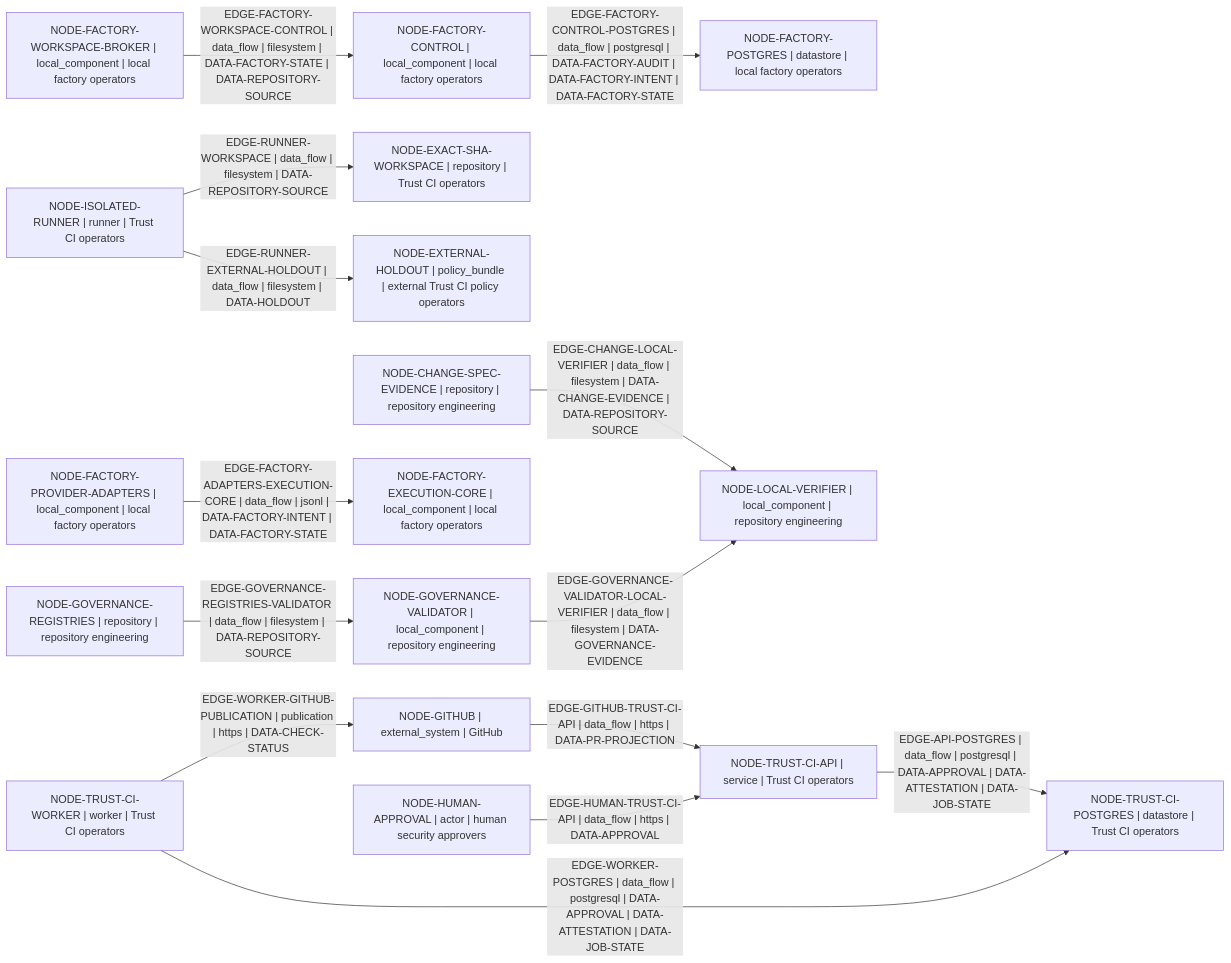
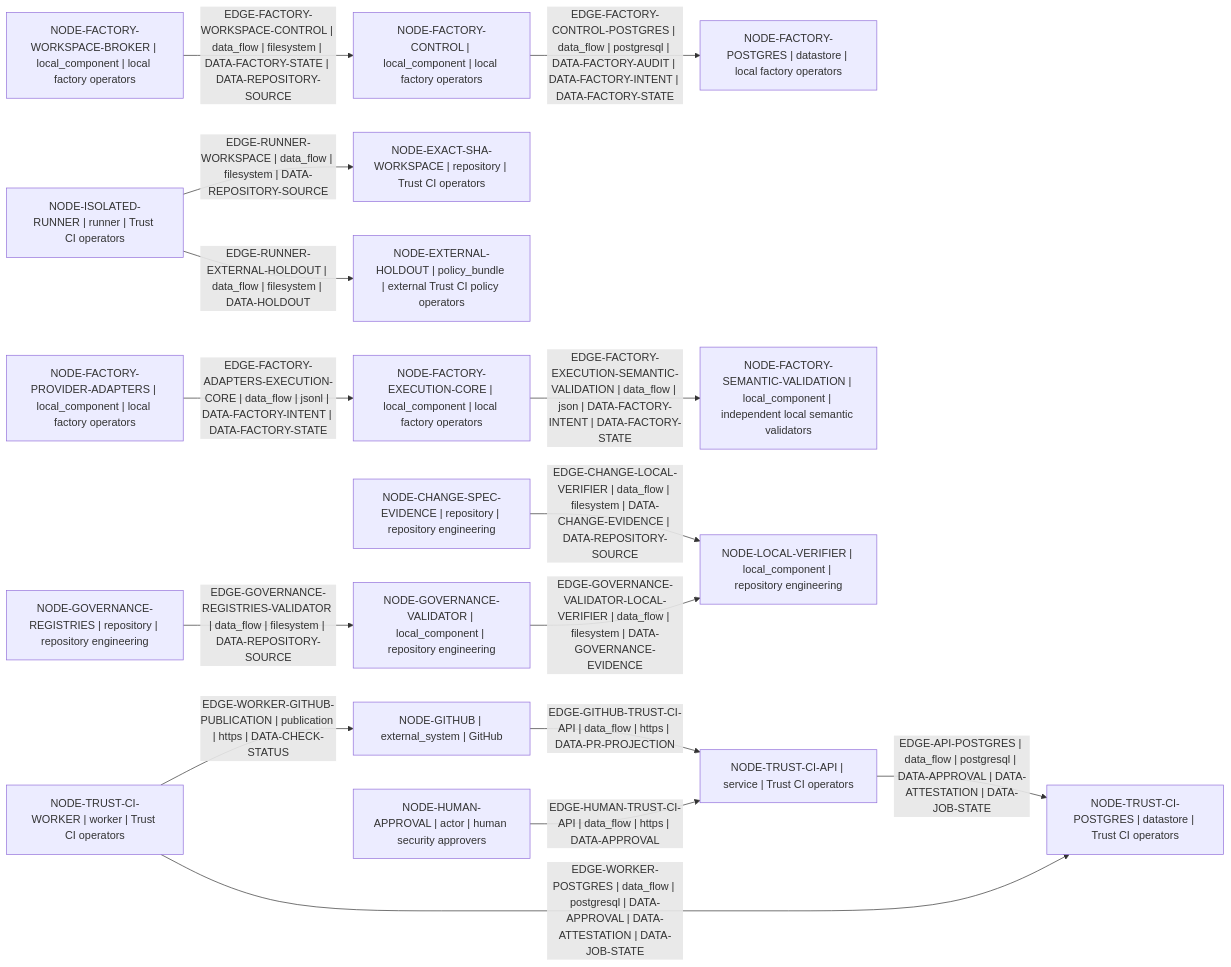
The diagram in architecture/generated/data-flow.mmd (Dimkox/adaptive-grok-build-pro), drawn with Mermaid before and after one commit. The commit also changed 13 other files, not shown here.

Commit message:
test(m6): bind semantic validation architecture and seams

```diff
--- a/architecture/generated/data-flow.mmd
+++ b/architecture/generated/data-flow.mmd
@@ -1,31 +1,33 @@
 flowchart LR
   node_8938bd3db1932751["NODE-CHANGE-SPEC-EVIDENCE | repository | repository engineering"]
   node_2e8a7072de3f3743["NODE-EXACT-SHA-WORKSPACE | repository | Trust CI operators"]
   node_0a0fe2f046a648e9["NODE-EXTERNAL-HOLDOUT | policy_bundle | external Trust CI policy operators"]
   node_a6c166e55f8e1784["NODE-FACTORY-CONTROL | local_component | local factory operators"]
   node_0a087cfaed95a8ad["NODE-FACTORY-EXECUTION-CORE | local_component | local factory operators"]
   node_a77de286f8308fd4["NODE-FACTORY-POSTGRES | datastore | local factory operators"]
   node_fae11f6a95d982dc["NODE-FACTORY-PROVIDER-ADAPTERS | local_component | local factory operators"]
+  node_c10acb5d92ad0ee0["NODE-FACTORY-SEMANTIC-VALIDATION | local_component | independent local semantic validators"]
   node_23f89cd7152cc030["NODE-FACTORY-WORKSPACE-BROKER | local_component | local factory operators"]
   node_8b8a8cd21b180532["NODE-GITHUB | external_system | GitHub"]
   node_dfd1104494c6ab8f["NODE-GOVERNANCE-REGISTRIES | repository | repository engineering"]
   node_23677f8757246623["NODE-GOVERNANCE-VALIDATOR | local_component | repository engineering"]
   node_e4e37173e410ad23["NODE-HUMAN-APPROVAL | actor | human security approvers"]
   node_1c3a10ba26a8e80d["NODE-ISOLATED-RUNNER | runner | Trust CI operators"]
   node_23bed8fcbfc79861["NODE-LOCAL-VERIFIER | local_component | repository engineering"]
   node_d0e570b2fbe52f98["NODE-TRUST-CI-API | service | Trust CI operators"]
   node_1a6c7efb2d08591b["NODE-TRUST-CI-POSTGRES | datastore | Trust CI operators"]
   node_070dda93443dcc1f["NODE-TRUST-CI-WORKER | worker | Trust CI operators"]
   node_d0e570b2fbe52f98 -->|"EDGE-API-POSTGRES | data_flow | postgresql | DATA-APPROVAL | DATA-ATTESTATION | DATA-JOB-STATE"| node_1a6c7efb2d08591b
   node_8938bd3db1932751 -->|"EDGE-CHANGE-LOCAL-VERIFIER | data_flow | filesystem | DATA-CHANGE-EVIDENCE | DATA-REPOSITORY-SOURCE"| node_23bed8fcbfc79861
   node_fae11f6a95d982dc -->|"EDGE-FACTORY-ADAPTERS-EXECUTION-CORE | data_flow | jsonl | DATA-FACTORY-INTENT | DATA-FACTORY-STATE"| node_0a087cfaed95a8ad
   node_a6c166e55f8e1784 -->|"EDGE-FACTORY-CONTROL-POSTGRES | data_flow | postgresql | DATA-FACTORY-AUDIT | DATA-FACTORY-INTENT | DATA-FACTORY-STATE"| node_a77de286f8308fd4
+  node_0a087cfaed95a8ad -->|"EDGE-FACTORY-EXECUTION-SEMANTIC-VALIDATION | data_flow | json | DATA-FACTORY-INTENT | DATA-FACTORY-STATE"| node_c10acb5d92ad0ee0
   node_23f89cd7152cc030 -->|"EDGE-FACTORY-WORKSPACE-CONTROL | data_flow | filesystem | DATA-FACTORY-STATE | DATA-REPOSITORY-SOURCE"| node_a6c166e55f8e1784
   node_8b8a8cd21b180532 -->|"EDGE-GITHUB-TRUST-CI-API | data_flow | https | DATA-PR-PROJECTION"| node_d0e570b2fbe52f98
   node_dfd1104494c6ab8f -->|"EDGE-GOVERNANCE-REGISTRIES-VALIDATOR | data_flow | filesystem | DATA-REPOSITORY-SOURCE"| node_23677f8757246623
   node_23677f8757246623 -->|"EDGE-GOVERNANCE-VALIDATOR-LOCAL-VERIFIER | data_flow | filesystem | DATA-GOVERNANCE-EVIDENCE"| node_23bed8fcbfc79861
   node_e4e37173e410ad23 -->|"EDGE-HUMAN-TRUST-CI-API | data_flow | https | DATA-APPROVAL"| node_d0e570b2fbe52f98
   node_1c3a10ba26a8e80d -->|"EDGE-RUNNER-EXTERNAL-HOLDOUT | data_flow | filesystem | DATA-HOLDOUT"| node_0a0fe2f046a648e9
   node_1c3a10ba26a8e80d -->|"EDGE-RUNNER-WORKSPACE | data_flow | filesystem | DATA-REPOSITORY-SOURCE"| node_2e8a7072de3f3743
   node_070dda93443dcc1f -->|"EDGE-WORKER-GITHUB-PUBLICATION | publication | https | DATA-CHECK-STATUS"| node_8b8a8cd21b180532
   node_070dda93443dcc1f -->|"EDGE-WORKER-POSTGRES | data_flow | postgresql | DATA-APPROVAL | DATA-ATTESTATION | DATA-JOB-STATE"| node_1a6c7efb2d08591b
```
